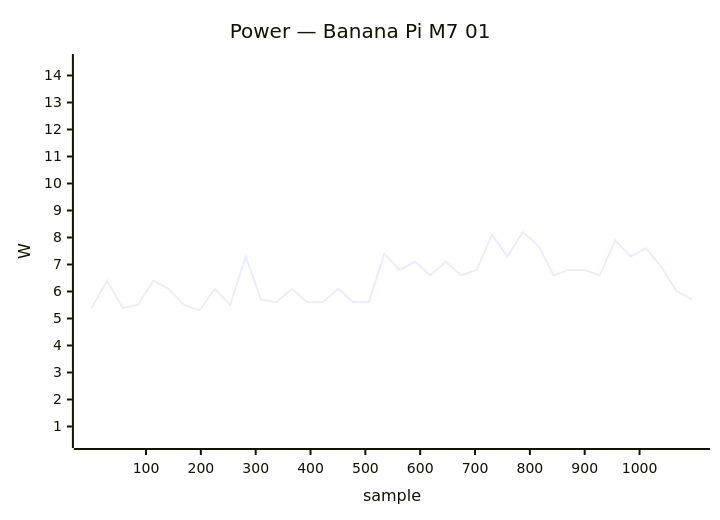
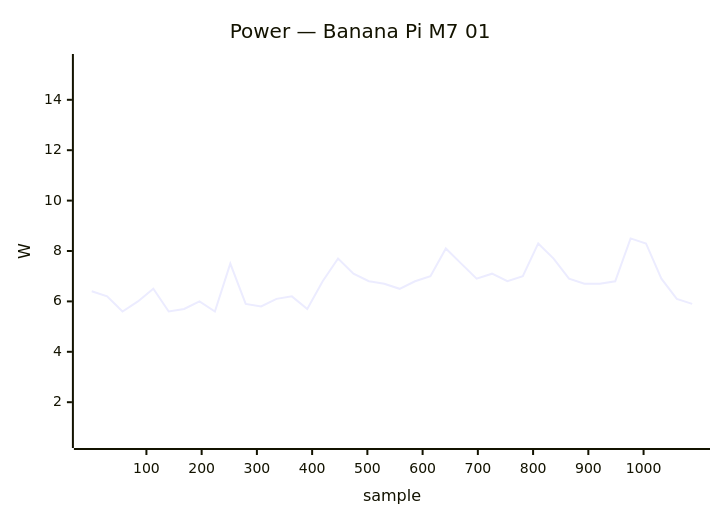
One commit to armbian/documentation changed diagram 12 of 50 in docs/status/board-tests.md. Above: the diagram before and after it, drawn with Mermaid. The commit also changed other lines of this file, not shown here.

````diff
--- a/docs/status/board-tests.md
+++ b/docs/status/board-tests.md
@@ -626,7 +685,7 @@
 ```mermaid
 xychart-beta
     title "Power — Banana Pi M7 01"
-    x-axis "sample" 1 --> 1096
-    y-axis "W" 0.5 --> 14.5
-    line [5.4, 6.4, 5.4, 5.5, 6.4, 6.1, 5.5, 5.3, 6.1, 5.5, 7.3, 5.7, 5.6, 6.1, 5.6, 5.6, 6.1, 5.6, 5.6, 7.4, 6.8, 7.1, 6.6, 7.1, 6.6, 6.8, 8.1, 7.3, 8.2, 7.7, 6.6, 6.8, 6.8, 6.6, 7.9, 7.3, 7.6, 6.9, 6.0, 5.7]
+    x-axis "sample" 1 --> 1088
+    y-axis "W" 0.5 --> 15.5
+    line [6.4, 6.2, 5.6, 6.0, 6.5, 5.6, 5.7, 6.0, 5.6, 7.5, 5.9, 5.8, 6.1, 6.2, 5.7, 6.8, 7.7, 7.1, 6.8, 6.7, 6.5, 6.8, 7.0, 8.1, 7.5, 6.9, 7.1, 6.8, 7.0, 8.3, 7.7, 6.9, 6.7, 6.7, 6.8, 8.5, 8.3, 6.9, 6.1, 5.9]
 ```
````
